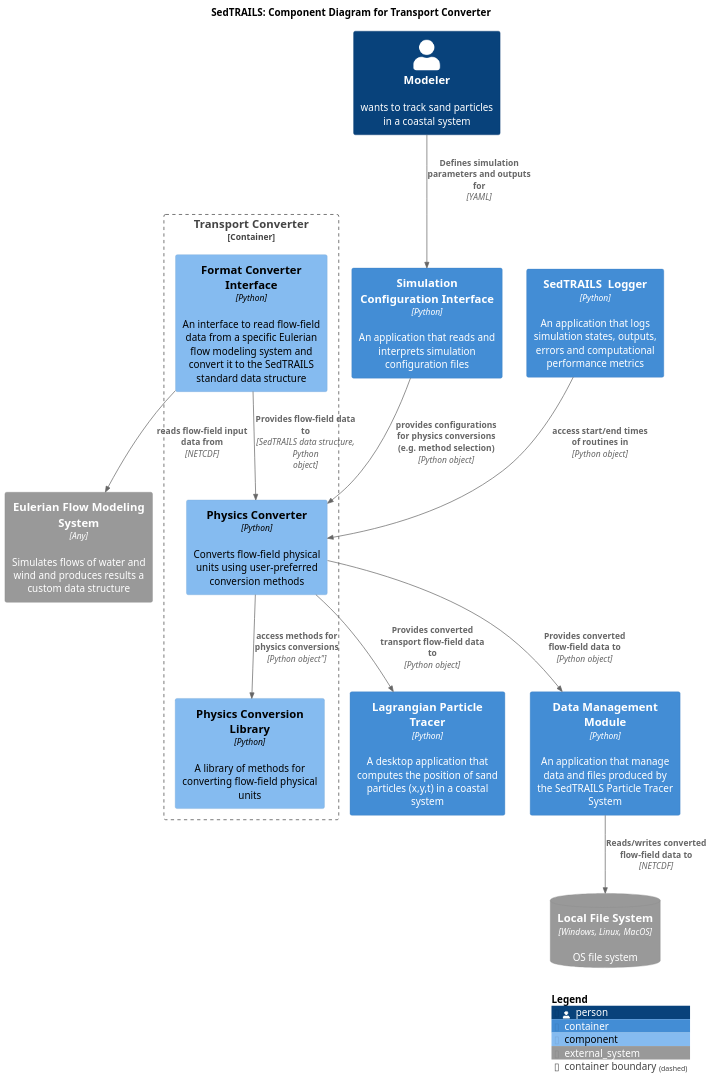
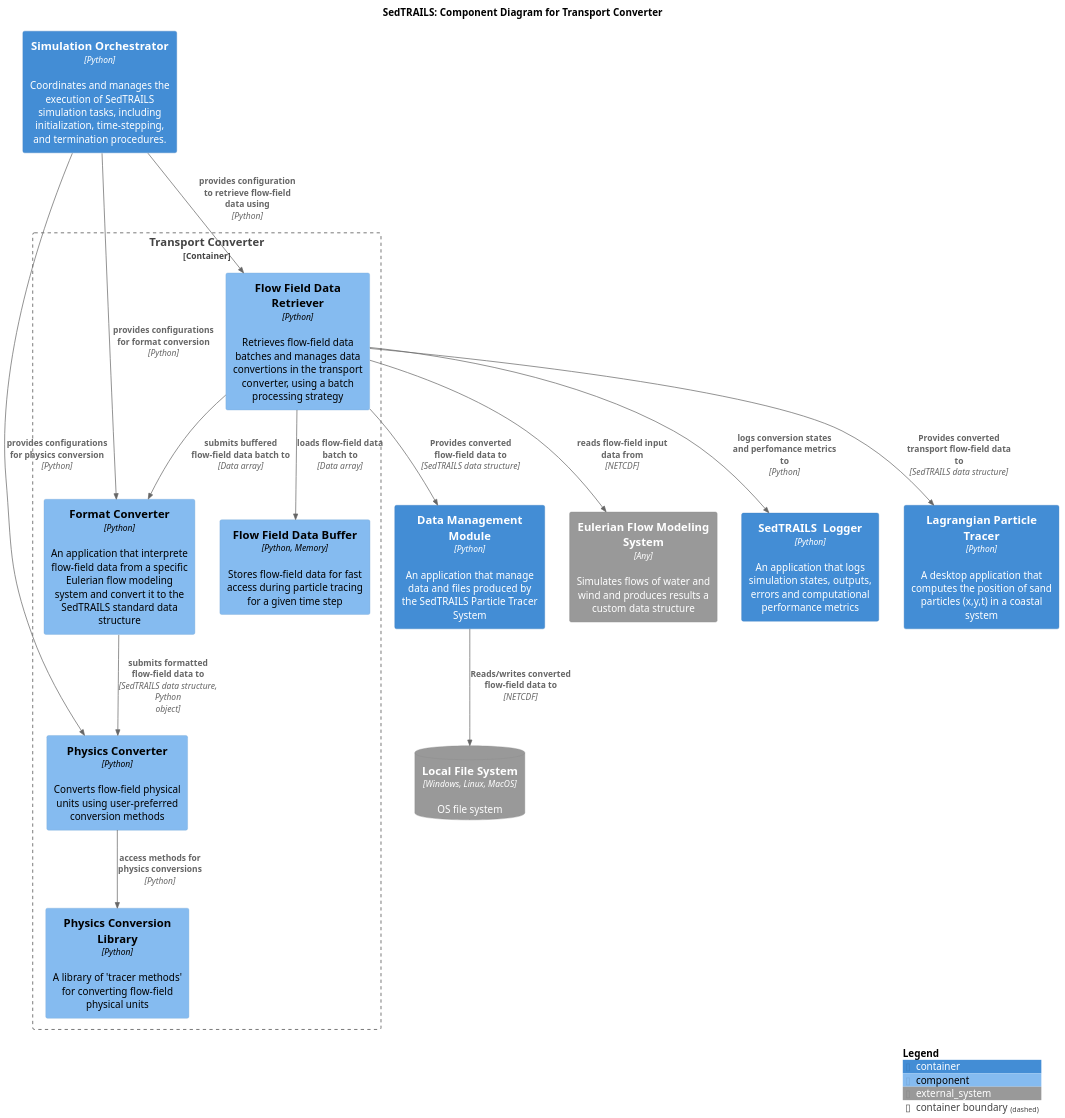
The diagram in diagrams/components-converter-app.puml (sgpearson17/sedtrails-sgp), drawn with PlantUML before and after one commit. The commit also changed 9 other files, not shown here.

Commit message:
docs: update component diagrams for SedTRAILS applications, enhancing descriptions and relationships

```diff
--- a/diagrams/components-converter-app.puml
+++ b/diagrams/components-converter-app.puml
@@ -1,44 +1,39 @@
 @startuml SedtrailComponentsTransportConverter
 !include ./c4/C4_Component.puml
 
 title SedTRAILS: Component Diagram for Transport Converter
 scale 1.5
 
-Person(modeler, "Modeler", "wants to track sand particles in a coastal system")
-
-Container(configInterface, "Simulation Configuration Interface", "Python", "An application that reads and interprets simulation configuration files")
+Container(simOrchestrator, "Simulation Orchestrator", "Python", "Coordinates and manages the execution of SedTRAILS simulation tasks, including initialization, time-stepping, and termination procedures.")
 
 Container_Boundary(transportConverter, "Transport Converter"){ 
-    
-    Component(formatConverter, "Format Converter Interface", "Python", "An interface to read flow-field data from a specific Eulerian flow modeling system and convert it to the SedTRAILS standard data structure")
+    Component(formatConverter, "Format Converter", "Python", "An application that interprete flow-field data from a specific Eulerian flow modeling system and convert it to the SedTRAILS standard data structure")
+    Component(physicsConverter, "Physics Converter", "Python", "Converts flow-field physical units using user-preferred conversion methods")
+    Component(physicsLibrary, "Physics Conversion Library", "Python", "A library of 'tracer methods' for converting flow-field physical units")
+    Component(flowDataRetriever, "Flow Field Data Retriever", "Python", "Retrieves flow-field data batches and manages data convertions in the transport converter, using a batch processing strategy")
+    Component(flowDataBuffer, "Flow Field Data Buffer", "Python, Memory", "Stores flow-field data for fast access during particle tracing for a given time step")
 
-    Component(physicsConverter, "Physics Converter", "Python", "Converts flow-field physical units using user-preferred conversion methods")
-        
-    Component(physicsLibrary, "Physics Conversion Library", "Python", "A library of methods for converting flow-field physical units")
-
-    Rel(physicsConverter, physicsLibrary, "access methods for physics conversions", Python object")
-
-    Rel(formatConverter, physicsConverter, "Provides flow-field data to", "SedTRAILS data structure, Python object")
-    Rel(modeler, configInterface, "Defines simulation parameters and outputs for", "YAML")
-    Rel(configInterface, physicsConverter, "provides configurations for physics conversions (e.g. method selection)", "Python object")
+    Rel(physicsConverter, physicsLibrary, "access methods for physics conversions", "Python")
+    Rel(formatConverter, physicsConverter, "submits formatted flow-field data to", "SedTRAILS data structure, Python object")
+    Rel(flowDataRetriever, flowDataBuffer, "loads flow-field data batch to", "Data array")
+    Rel(simOrchestrator, flowDataRetriever, "provides configuration to retrieve flow-field data using", "Python")
+    Rel(simOrchestrator, formatConverter, "provides configurations for format conversion", "Python")
+    Rel(simOrchestrator, physicsConverter, "provides configurations for physics conversion", "Python")
+    Rel(flowDataRetriever, formatConverter, "submits buffered flow-field data batch to", "Data array")
 }
 
 Container(sedtrailsLogger, "SedTRAILS  Logger", "Python", "An application that logs simulation states, outputs, errors and computational performance metrics")
-
 Container(particleTracer, "Lagrangian Particle Tracer", "Python", "A desktop application that computes the position of sand particles (x,y,t) in a coastal system")
-
 Container(dataManager, "Data Management Module", "Python", "An application that manage data and files produced by the SedTRAILS Particle Tracer System")
 
 System_Ext(flowSystem, "Eulerian Flow Modeling System", "Simulates flows of water and wind and produces results a custom data structure", $type="Any")
 SystemDb_Ext(fileSystem, "Local File System", "OS file system", $type="Windows, Linux, MacOS")
 
-Rel(physicsConverter, dataManager, "Provides converted flow-field data to", "Python object")
-Rel(sedtrailsLogger, physicsConverter, "access start/end times of routines in", "Python object")
-
-Rel(physicsConverter, particleTracer, "Provides converted transport flow-field data to", "Python object")
+Rel(flowDataRetriever, dataManager, "Provides converted flow-field data to", "SedTRAILS data structure")
+Rel(flowDataRetriever, sedtrailsLogger, "logs conversion states and perfomance metrics to", "Python")
+Rel(flowDataRetriever, particleTracer, "Provides converted transport flow-field data to", "SedTRAILS data structure")
 Rel(dataManager, fileSystem, "Reads/writes converted flow-field data to", "NETCDF")
-
-Rel(formatConverter, flowSystem, "reads flow-field input data from", "NETCDF")
+Rel(flowDataRetriever, flowSystem, "reads flow-field input data from", "NETCDF")
 
 SHOW_LEGEND()
 @enduml
```
